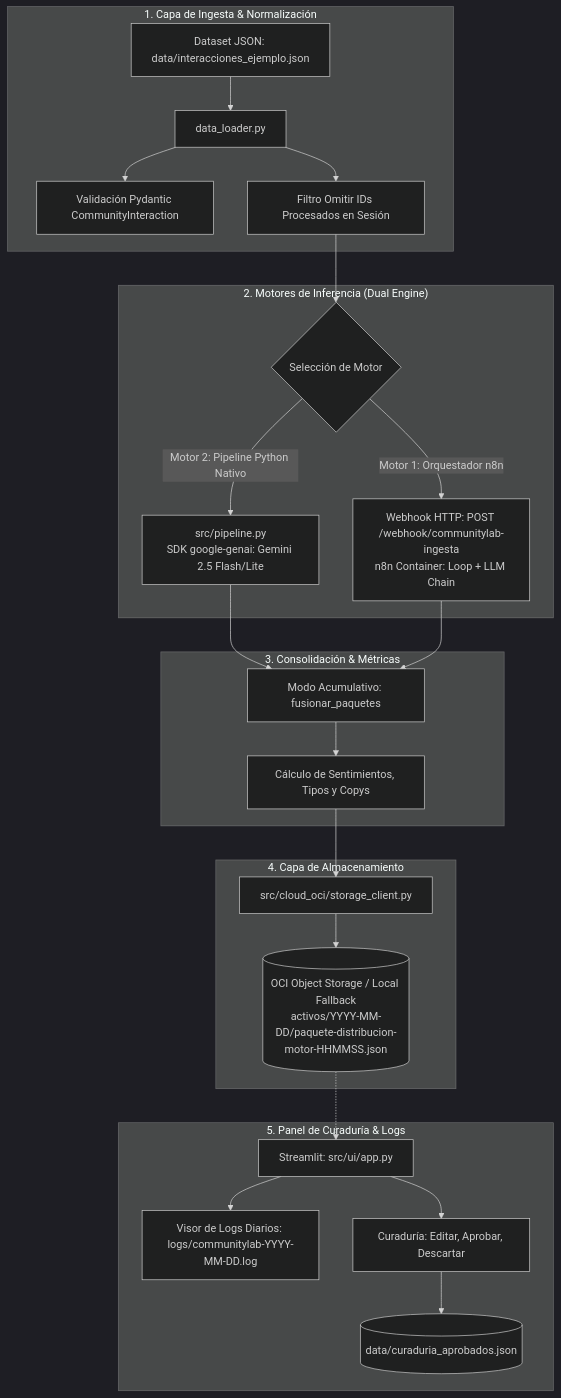
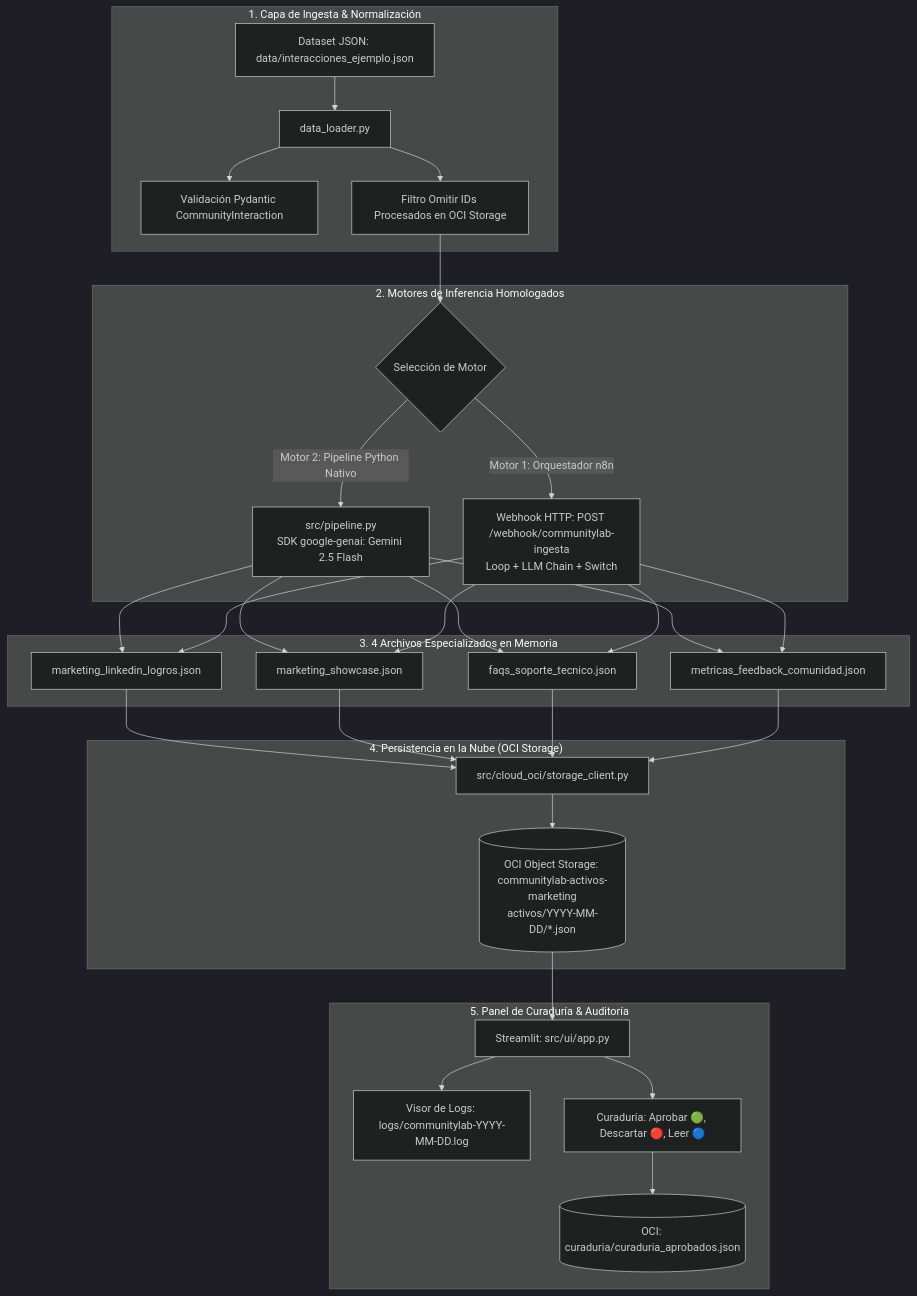
Before and after one commit to No-Country-simulation/G10-LATAM-equipo6-CommunityLab: the diagram in backend-pipeline.md, drawn with Mermaid (dark theme). The commit also changed other lines of this file and 3 other files, not shown here.

Commit message:
docs: actualizar documentacion integral del proyecto (arquitectura dual, OCI y Sprint 3)

````diff
--- a/backend-pipeline.md
+++ b/backend-pipeline.md
@@ -27,32 +29,33 @@
 ```mermaid
 flowchart TD
     subgraph INGESTA ["1. Capa de Ingesta & Normalización"]
         RAW[Dataset JSON: data/interacciones_ejemplo.json] --> DL[data_loader.py]
         DL --> VAL[Validación Pydantic CommunityInteraction]
-        DL --> DEDUP[Filtro Omitir IDs Procesados en Sesión]
+        DL --> DEDUP[Filtro Omitir IDs Procesados en OCI Storage]
     end
 
-    subgraph ORQUESTACION ["2. Motores de Inferencia (Dual Engine)"]
+    subgraph ORQUESTACION ["2. Motores de Inferencia Homologados"]
         DEDUP --> CHOOSE{Selección de Motor}
-        CHOOSE -->|Motor 1: Orquestador n8n| N8N[Webhook HTTP: POST /webhook/communitylab-ingesta\nn8n Container: Loop + LLM Chain]
-        CHOOSE -->|Motor 2: Pipeline Python Nativo| PY[src/pipeline.py\nSDK google-genai: Gemini 2.5 Flash/Lite]
+        CHOOSE -->|Motor 1: Orquestador n8n| N8N[Webhook HTTP: POST /webhook/communitylab-ingesta<br/>Loop + LLM Chain + Switch]
+        CHOOSE -->|Motor 2: Pipeline Python Nativo| PY[src/pipeline.py<br/>SDK google-genai: Gemini 2.5 Flash]
     end
 
-    subgraph CONSOLIDACION ["3. Consolidación & Métricas"]
-        PY --> FUS[Modo Acumulativo: fusionar_paquetes]
-        N8N --> FUS
-        FUS --> MET[Cálculo de Sentimientos, Tipos y Copys]
+    subgraph ESPECIALIZACION ["3. 4 Archivos Especializados en Memoria"]
+        PY & N8N --> F1[marketing_linkedin_logros.json]
+        PY & N8N --> F2[marketing_showcase.json]
+        PY & N8N --> F3[faqs_soporte_tecnico.json]
+        PY & N8N --> F4[metricas_feedback_comunidad.json]
     end
 
-    subgraph PERSISTENCIA ["4. Capa de Almacenamiento"]
-        MET --> OCI[src/cloud_oci/storage_client.py]
-        OCI --> BUCKET[("OCI Object Storage / Local Fallback<br/>activos/YYYY-MM-DD/paquete-distribucion-motor-HHMMSS.json")]
+    subgraph PERSISTENCIA ["4. Persistencia en la Nube (OCI Storage)"]
+        F1 & F2 & F3 & F4 --> OCI[src/cloud_oci/storage_client.py]
+        OCI --> BUCKET[("OCI Object Storage: communitylab-activos-marketing<br/>activos/YYYY-MM-DD/*.json")]
     end
 
-    subgraph PRESENTACION ["5. Panel de Curaduría & Logs"]
-        BUCKET -.-> UI[Streamlit: src/ui/app.py]
-        UI --> LOGS[Visor de Logs Diarios: logs/communitylab-YYYY-MM-DD.log]
-        UI --> CUR[Curaduría: Editar, Aprobar, Descartar]
-        CUR --> APPROVED[(data/curaduria_aprobados.json)]
+    subgraph PRESENTACION ["5. Panel de Curaduría & Auditoría"]
+        BUCKET --> UI[Streamlit: src/ui/app.py]
+        UI --> LOGS[Visor de Logs: logs/communitylab-YYYY-MM-DD.log]
+        UI --> CUR[Curaduría: Aprobar 🟢, Descartar 🔴, Leer 🔵]
+        CUR --> CUR_CLOUD[("OCI: curaduria/curaduria_aprobados.json")]
     end
 ```
````
